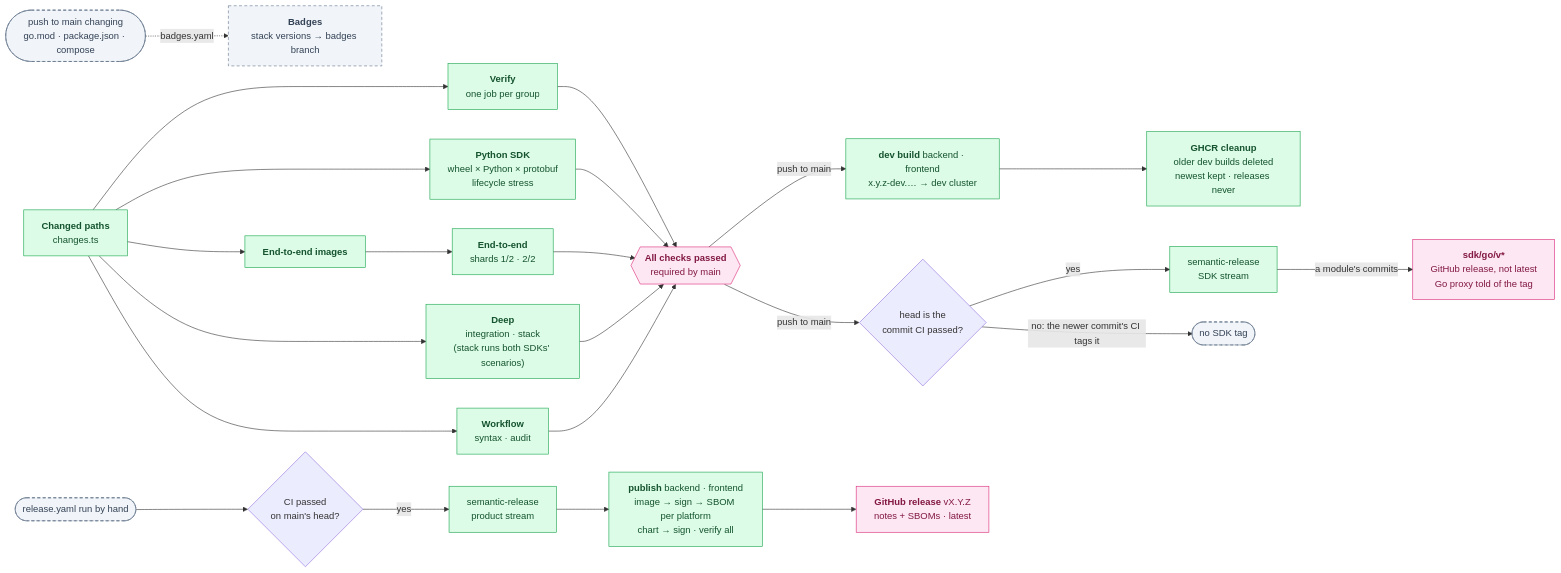
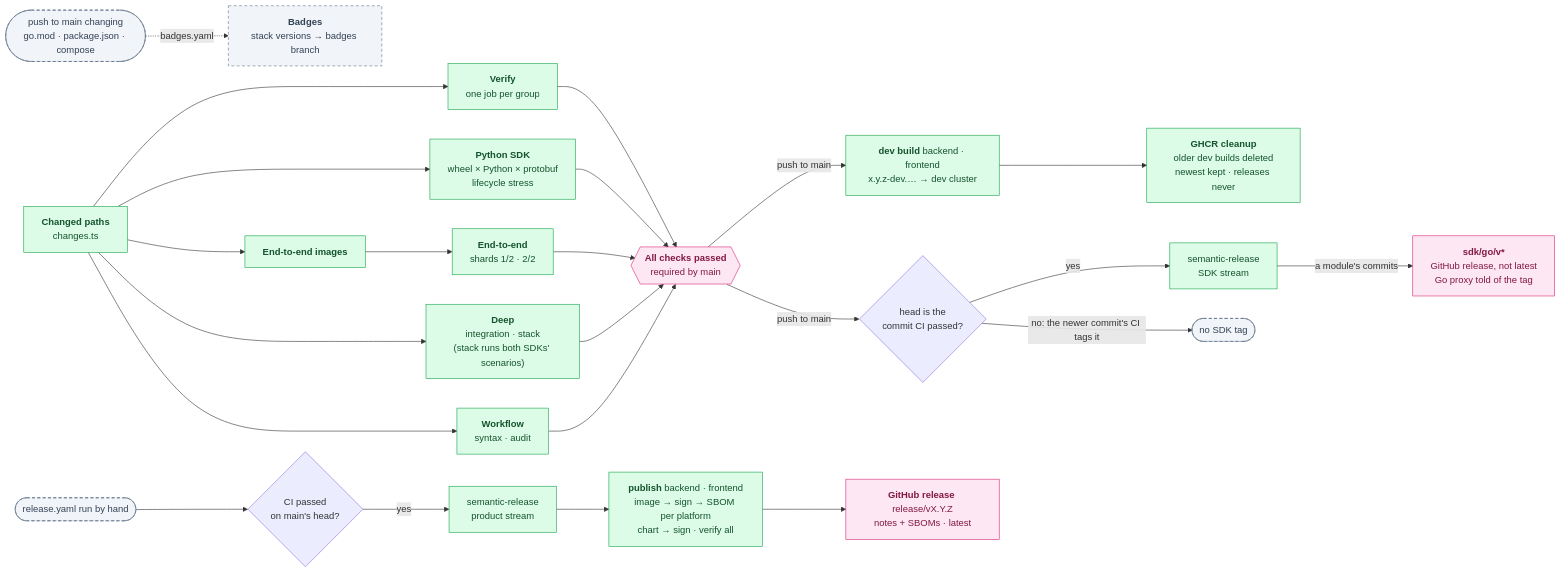
The diagram in docs/how-changes-land.md (oleg-tkachuk/paladin), drawn with Mermaid before and after one commit. The commit also changed other lines of this file and 16 other files, not shown here.

````diff
--- a/docs/how-changes-land.md
+++ b/docs/how-changes-land.md
@@ -47,41 +49,41 @@
 ```mermaid
 flowchart LR
     chg["<b>Changed paths</b><br/>changes.ts"]
     v["<b>Verify</b><br/>one job per group"]
     py["<b>Python SDK</b><br/>wheel × Python × protobuf<br/>lifecycle stress"]
     img["<b>End-to-end images</b>"]
     e2e["<b>End-to-end</b><br/>shards 1/2 · 2/2"]
     deep["<b>Deep</b><br/>integration · stack<br/>(stack runs both SDKs' scenarios)"]
     wf["<b>Workflow</b><br/>syntax · audit"]
     ok{{"<b>All checks passed</b><br/>required by main"}}
     head{"head is the<br/>commit CI passed?"}
     dev["<b>dev build</b> backend · frontend<br/>x.y.z-dev.… → dev cluster"]
     clean["<b>GHCR cleanup</b><br/>older dev builds deleted<br/>newest kept · releases never"]
     sdk["semantic-release<br/>SDK stream"]
     hand(["release.yaml run by hand"])
     passed{"CI passed<br/>on main's head?"}
     tag["semantic-release<br/>product stream"]
     pub["<b>publish</b> backend · frontend<br/>image → sign → SBOM per platform<br/>chart → sign · verify all"]
-    ann["<b>GitHub release</b> vX.Y.Z<br/>notes + SBOMs · latest"]
+    ann["<b>GitHub release</b> release/vX.Y.Z<br/>notes + SBOMs · latest"]
     mods["<b>sdk/go/v*</b><br/>GitHub release, not latest<br/>Go proxy told of the tag"]
     badges["<b>Badges</b><br/>stack versions → badges branch"]
 
     chg --> v & py & img & deep & wf
     img --> e2e
     v & py & e2e & deep & wf --> ok
     ok -- "push to main" --> dev & head
     dev --> clean
     head -- yes --> sdk
     sdk -- "a module's commits" --> mods
     head -- "no: the newer commit's CI tags it" --> skip(["no SDK tag"])
     hand --> passed
     passed -- yes --> tag --> pub --> ann
     pin(["push to main changing<br/>go.mod · package.json · compose"]) -. "badges.yaml" .-> badges
 
     classDef role fill:#DCFCE7,stroke:#16A34A,color:#14532D
     classDef optional fill:#F1F5F9,stroke:#64748B,color:#334155,stroke-dasharray:5 4
     classDef external fill:#FCE7F3,stroke:#DB2777,color:#831843
     class chg,v,py,img,e2e,deep,wf,tag,pub,dev,clean,sdk role
     class skip,badges,pin,hand optional
     class ok,ann,mods external
 ```
````
